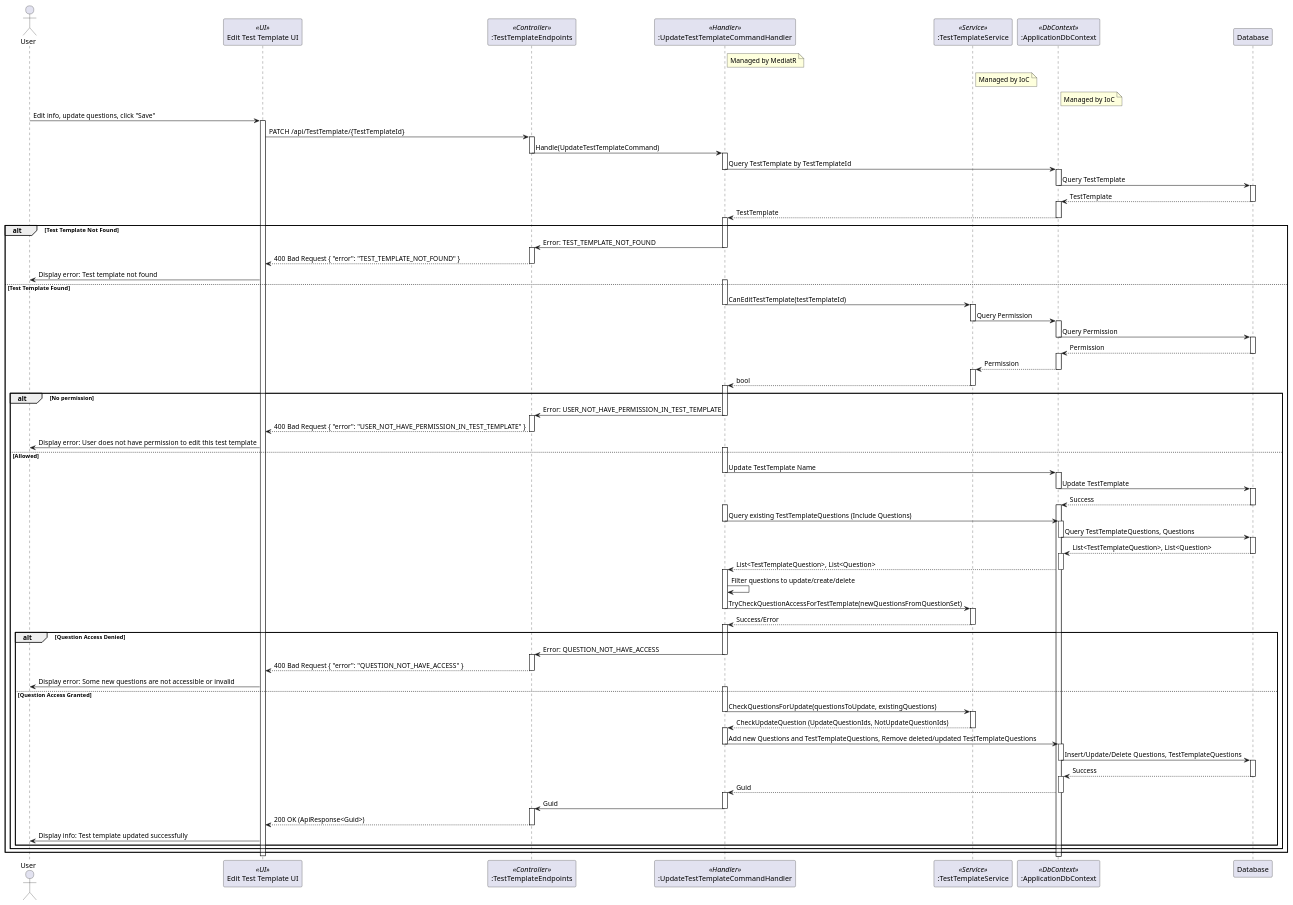
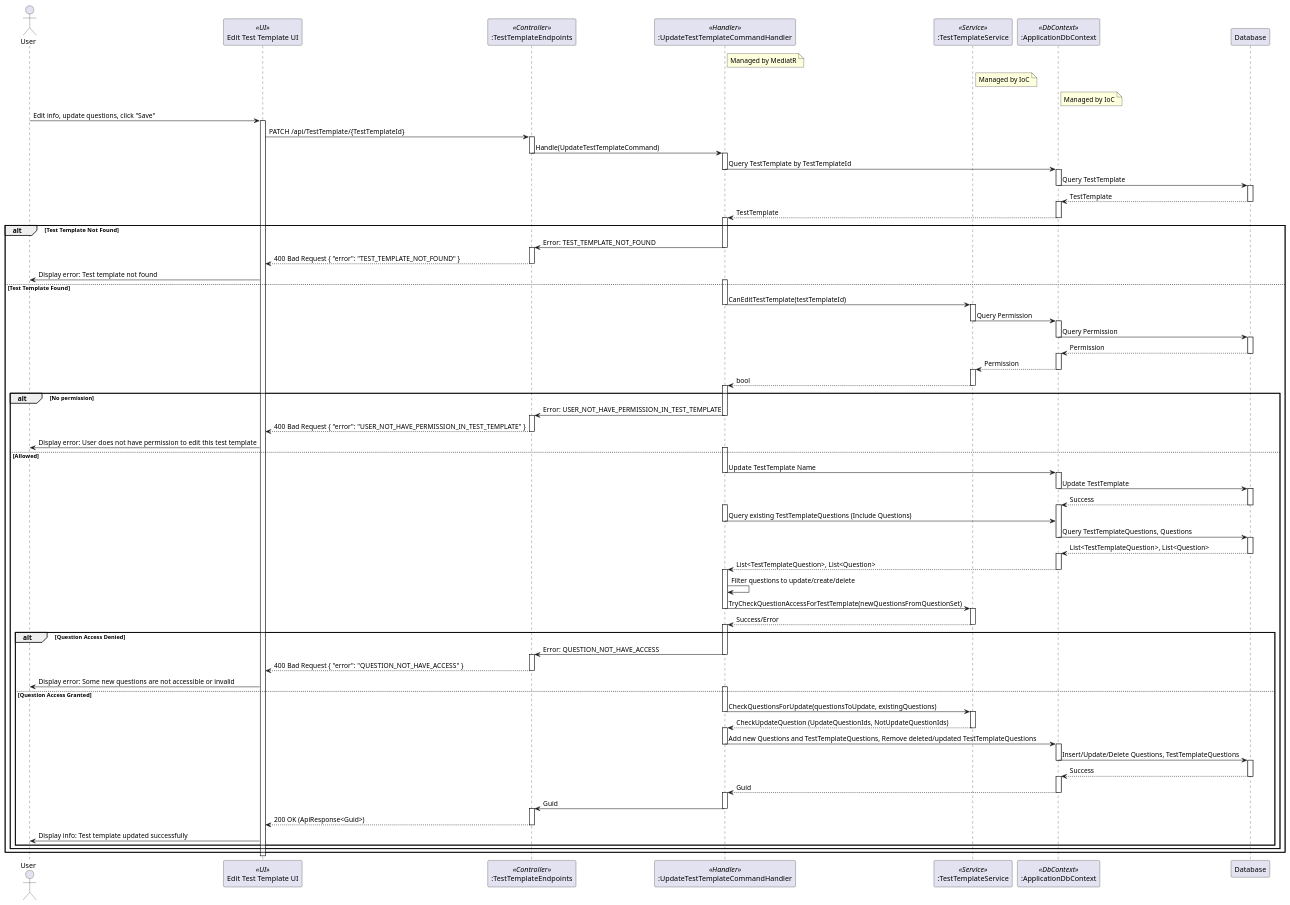
One commit to thanhkhac/SEP_Diagram changed the diagram in TestTemplates/Sequence/UpdateTestTemplateCommand.puml. Above: the diagram before and after it, drawn with PlantUML. The commit also changed 23 other files, not shown here.

First line of the commit message:
Enhance sequence diagrams with detailed flow and roles

```diff
--- a/TestTemplates/Sequence/UpdateTestTemplateCommand.puml
+++ b/TestTemplates/Sequence/UpdateTestTemplateCommand.puml
@@ -1,145 +1,145 @@
 @startuml
 actor User
 participant "Edit Test Template UI" as UI <<UI>>
 participant ":TestTemplateEndpoints" as TestTemplateEndpoints <<Controller>>
 participant ":UpdateTestTemplateCommandHandler" as UpdateTestTemplateCommandHandler <<Handler>>
 participant ":TestTemplateService" as TestTemplateService <<Service>>
 participant ":ApplicationDbContext" as ApplicationDbContext <<DbContext>>
 participant Database
 
 note right of UpdateTestTemplateCommandHandler
   Managed by MediatR
 end note
 
 note right of TestTemplateService
   Managed by IoC
 end note
 
 note right of ApplicationDbContext
   Managed by IoC
 end note
 
 User -> UI : Edit info, update questions, click "Save"
 activate UI
 UI -> TestTemplateEndpoints : PATCH /api/TestTemplate/{TestTemplateId}
 activate TestTemplateEndpoints
 TestTemplateEndpoints -> UpdateTestTemplateCommandHandler : Handle(UpdateTestTemplateCommand)
 deactivate TestTemplateEndpoints
 activate UpdateTestTemplateCommandHandler
 UpdateTestTemplateCommandHandler -> ApplicationDbContext : Query TestTemplate by TestTemplateId
 deactivate UpdateTestTemplateCommandHandler
 activate ApplicationDbContext
 ApplicationDbContext -> Database : Query TestTemplate
 deactivate ApplicationDbContext
 activate Database
 Database --> ApplicationDbContext : TestTemplate
 deactivate Database
 activate ApplicationDbContext
 ApplicationDbContext --> UpdateTestTemplateCommandHandler : TestTemplate
 deactivate ApplicationDbContext
 activate UpdateTestTemplateCommandHandler
 alt Test Template Not Found
     UpdateTestTemplateCommandHandler -> TestTemplateEndpoints : Error: TEST_TEMPLATE_NOT_FOUND
     deactivate UpdateTestTemplateCommandHandler
     activate TestTemplateEndpoints
     TestTemplateEndpoints --> UI : 400 Bad Request { "error": "TEST_TEMPLATE_NOT_FOUND" }
     deactivate TestTemplateEndpoints
     UI -> User : Display error: Test template not found
 else Test Template Found
     activate UpdateTestTemplateCommandHandler
     UpdateTestTemplateCommandHandler -> TestTemplateService : CanEditTestTemplate(testTemplateId)
     deactivate UpdateTestTemplateCommandHandler
     activate TestTemplateService
     TestTemplateService -> ApplicationDbContext : Query Permission
     deactivate TestTemplateService
     activate ApplicationDbContext
     ApplicationDbContext -> Database : Query Permission
     deactivate ApplicationDbContext
     activate Database
     Database --> ApplicationDbContext : Permission
     deactivate Database
     activate ApplicationDbContext
     ApplicationDbContext --> TestTemplateService : Permission
     deactivate ApplicationDbContext
     activate TestTemplateService
     TestTemplateService --> UpdateTestTemplateCommandHandler : bool
     deactivate TestTemplateService
     activate UpdateTestTemplateCommandHandler
     alt No permission
         UpdateTestTemplateCommandHandler -> TestTemplateEndpoints : Error: USER_NOT_HAVE_PERMISSION_IN_TEST_TEMPLATE
         deactivate UpdateTestTemplateCommandHandler
         activate TestTemplateEndpoints
         TestTemplateEndpoints --> UI : 400 Bad Request { "error": "USER_NOT_HAVE_PERMISSION_IN_TEST_TEMPLATE" }
         deactivate TestTemplateEndpoints
         UI -> User : Display error: User does not have permission to edit this test template
     else Allowed
         activate UpdateTestTemplateCommandHandler
         UpdateTestTemplateCommandHandler -> ApplicationDbContext : Update TestTemplate Name
         deactivate UpdateTestTemplateCommandHandler
         activate ApplicationDbContext
         ApplicationDbContext -> Database : Update TestTemplate
         deactivate ApplicationDbContext
         activate Database
         Database --> ApplicationDbContext : Success
         deactivate Database
         activate ApplicationDbContext
         deactivate ApplicationDbContext
         activate UpdateTestTemplateCommandHandler
         UpdateTestTemplateCommandHandler -> ApplicationDbContext : Query existing TestTemplateQuestions (Include Questions)
         deactivate UpdateTestTemplateCommandHandler
-        activate ApplicationDbContext
+'        activate ApplicationDbContext
         ApplicationDbContext -> Database : Query TestTemplateQuestions, Questions
         deactivate ApplicationDbContext
         activate Database
         Database --> ApplicationDbContext : List<TestTemplateQuestion>, List<Question>
         deactivate Database
         activate ApplicationDbContext
         ApplicationDbContext --> UpdateTestTemplateCommandHandler : List<TestTemplateQuestion>, List<Question>
         deactivate ApplicationDbContext
         activate UpdateTestTemplateCommandHandler
         UpdateTestTemplateCommandHandler -> UpdateTestTemplateCommandHandler : Filter questions to update/create/delete
         UpdateTestTemplateCommandHandler -> TestTemplateService : TryCheckQuestionAccessForTestTemplate(newQuestionsFromQuestionSet)
         deactivate UpdateTestTemplateCommandHandler
         activate TestTemplateService
         TestTemplateService --> UpdateTestTemplateCommandHandler : Success/Error
         deactivate TestTemplateService
         activate UpdateTestTemplateCommandHandler
         alt Question Access Denied
             UpdateTestTemplateCommandHandler -> TestTemplateEndpoints : Error: QUESTION_NOT_HAVE_ACCESS
             deactivate UpdateTestTemplateCommandHandler
             activate TestTemplateEndpoints
             TestTemplateEndpoints --> UI : 400 Bad Request { "error": "QUESTION_NOT_HAVE_ACCESS" }
             deactivate TestTemplateEndpoints
             UI -> User : Display error: Some new questions are not accessible or invalid
         else Question Access Granted
             activate UpdateTestTemplateCommandHandler
             UpdateTestTemplateCommandHandler -> TestTemplateService : CheckQuestionsForUpdate(questionsToUpdate, existingQuestions)
             deactivate UpdateTestTemplateCommandHandler
             activate TestTemplateService
             TestTemplateService --> UpdateTestTemplateCommandHandler : CheckUpdateQuestion (UpdateQuestionIds, NotUpdateQuestionIds)
             deactivate TestTemplateService
             activate UpdateTestTemplateCommandHandler
             UpdateTestTemplateCommandHandler -> ApplicationDbContext : Add new Questions and TestTemplateQuestions, Remove deleted/updated TestTemplateQuestions
             deactivate UpdateTestTemplateCommandHandler
             activate ApplicationDbContext
             ApplicationDbContext -> Database : Insert/Update/Delete Questions, TestTemplateQuestions
             deactivate ApplicationDbContext
             activate Database
             Database --> ApplicationDbContext : Success
             deactivate Database
             activate ApplicationDbContext
             ApplicationDbContext --> UpdateTestTemplateCommandHandler : Guid
             deactivate ApplicationDbContext
             activate UpdateTestTemplateCommandHandler
             UpdateTestTemplateCommandHandler -> TestTemplateEndpoints : Guid
             deactivate UpdateTestTemplateCommandHandler
             activate TestTemplateEndpoints
             TestTemplateEndpoints --> UI : 200 OK (ApiResponse<Guid>)
             deactivate TestTemplateEndpoints
             UI -> User : Display info: Test template updated successfully
         end
     end
 end
 deactivate UI
 
 @enduml
```
